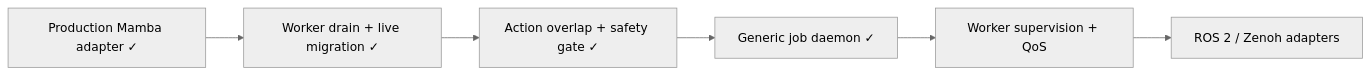
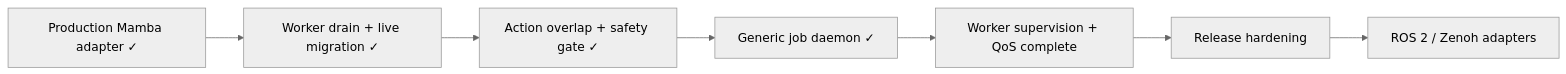
Before and after one commit to elprofesoriqo/FlowEdge: the diagram in docs/roadmap.md, drawn with Mermaid (neutral theme). The commit also changed other lines of this file and 10 other files, not shown here.

````diff
--- a/docs/roadmap.md
+++ b/docs/roadmap.md
@@ -16,8 +16,9 @@
 ```{mermaid}
 flowchart LR
   M[Production Mamba adapter ✓] --> G[Worker drain + live migration ✓]
   G --> A[Action overlap + safety gate ✓]
   A --> D[Generic job daemon ✓]
-  D --> S[Worker supervision + QoS]
-  S --> R[ROS 2 / Zenoh adapters]
+  D --> S[Worker supervision + QoS complete]
+  S --> R[Release hardening]
+  R --> I[ROS 2 / Zenoh adapters]
 ```
````
